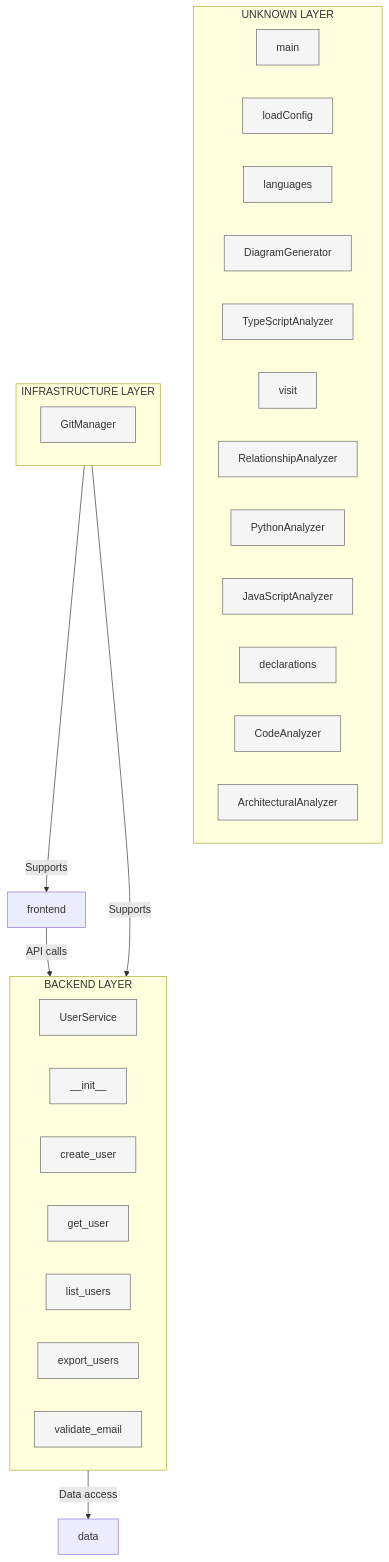
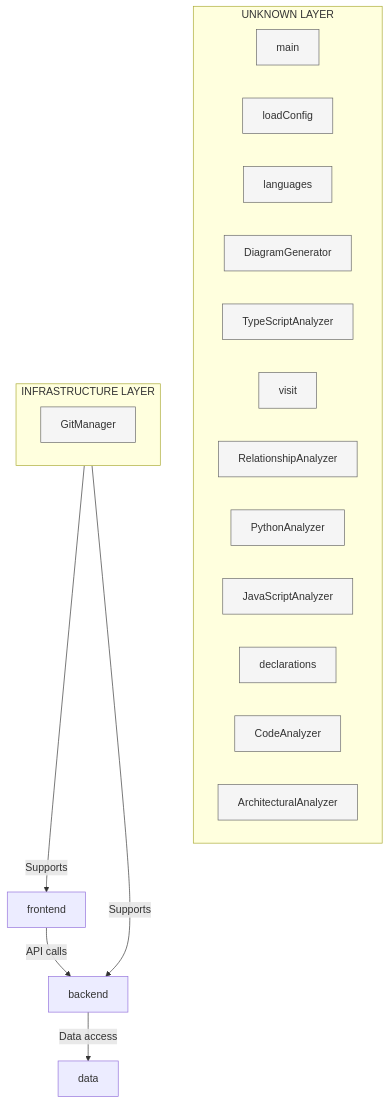
One commit to samjhill/diagrammer changed the diagram in docs/architecture/layeredArchitecture.md. Above: the diagram before and after it, drawn with Mermaid. The commit also changed 4 other files, not shown here.

Commit message:
docs: Update architecture diagrams

````diff
--- a/docs/architecture/layeredArchitecture.md
+++ b/docs/architecture/layeredArchitecture.md
@@ -5,67 +5,49 @@
 ```mermaid
 graph TB
   classDef frontend fill:#e3f2fd,stroke:#1976d2,stroke-width:3px
   classDef backend fill:#e8f5e8,stroke:#388e3c,stroke-width:3px
   classDef data fill:#fff3e0,stroke:#f57c00,stroke-width:3px
   classDef infrastructure fill:#f3e5f5,stroke:#7b1fa2,stroke-width:3px
   classDef component fill:#f5f5f5,stroke:#666,stroke-width:1px
 
   subgraph unknown["UNKNOWN LAYER"]
     classDef unknownClass fill:#f5f5f5,stroke:#666,stroke-width:1px
     main["main"]
     main:::component
     loadConfig["loadConfig"]
     loadConfig:::component
     languages["languages"]
     languages:::component
     DiagramGenerator["DiagramGenerator"]
     DiagramGenerator:::component
     TypeScriptAnalyzer["TypeScriptAnalyzer"]
     TypeScriptAnalyzer:::component
     visit["visit"]
     visit:::component
     RelationshipAnalyzer["RelationshipAnalyzer"]
     RelationshipAnalyzer:::component
     PythonAnalyzer["PythonAnalyzer"]
     PythonAnalyzer:::component
     JavaScriptAnalyzer["JavaScriptAnalyzer"]
     JavaScriptAnalyzer:::component
     declarations["declarations"]
     declarations:::component
     CodeAnalyzer["CodeAnalyzer"]
     CodeAnalyzer:::component
     ArchitecturalAnalyzer["ArchitecturalAnalyzer"]
     ArchitecturalAnalyzer:::component
   end
 
   subgraph infrastructure["INFRASTRUCTURE LAYER"]
     classDef infrastructureClass fill:#f5f5f5,stroke:#666,stroke-width:1px
     GitManager["GitManager"]
     GitManager:::component
   end
 
-  subgraph backend["BACKEND LAYER"]
-    classDef backendClass fill:#f5f5f5,stroke:#666,stroke-width:1px
-    UserService["UserService"]
-    UserService:::component
-    __init__["__init__"]
-    __init__:::component
-    create_user["create_user"]
-    create_user:::component
-    get_user["get_user"]
-    get_user:::component
-    list_users["list_users"]
-    list_users:::component
-    export_users["export_users"]
-    export_users:::component
-    validate_email["validate_email"]
-    validate_email:::component
-  end
-
   %% Layer relationships
   frontend -->|API calls| backend
   backend -->|Data access| data
   infrastructure -->|Supports| frontend
   infrastructure -->|Supports| backend
 
 ```
````
